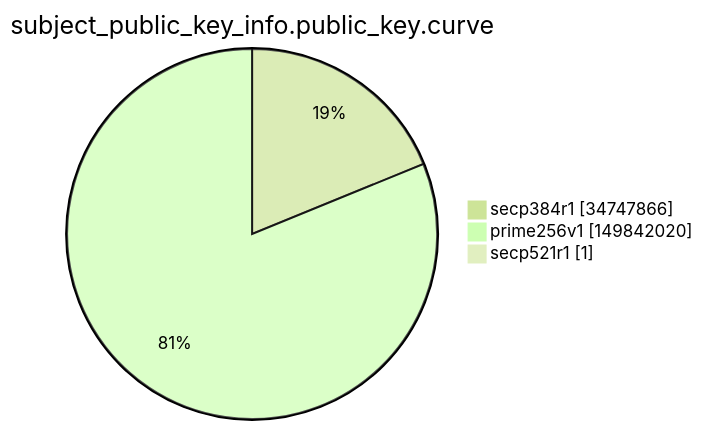
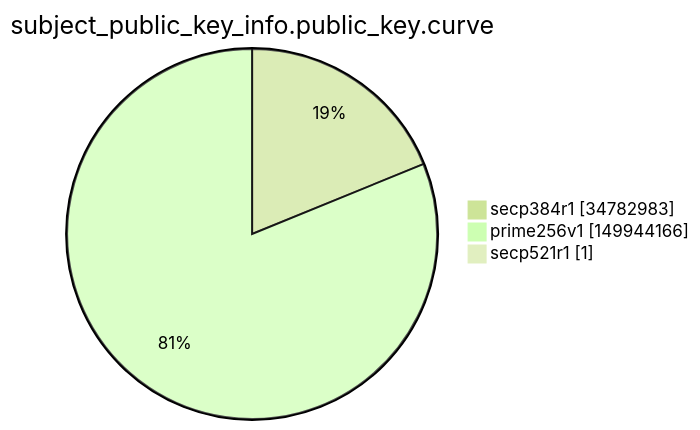
The ninth of 15 diagrams in argon2022/README.md (christiankrug/ctmonitor_visualization), drawn with Mermaid (forest theme) before and after one commit. The commit also changed other lines of this file, not shown here.

````diff
--- a/argon2022/README.md
+++ b/argon2022/README.md
@@ -2765,7 +2765,7 @@
 ```mermaid
 pie showData
 title subject_public_key_info.public_key.curve
-"secp384r1" :34747866
-"prime256v1" :149842020
+"secp384r1" :34782983
+"prime256v1" :149944166
 "secp521r1" :1
 ```
````
